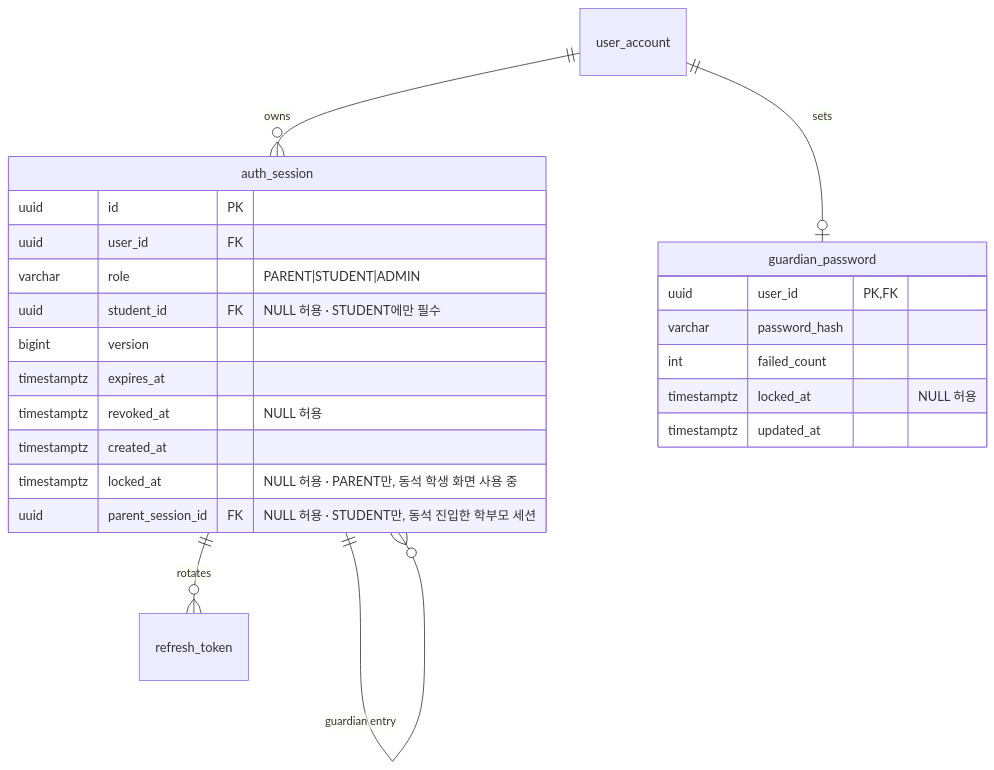
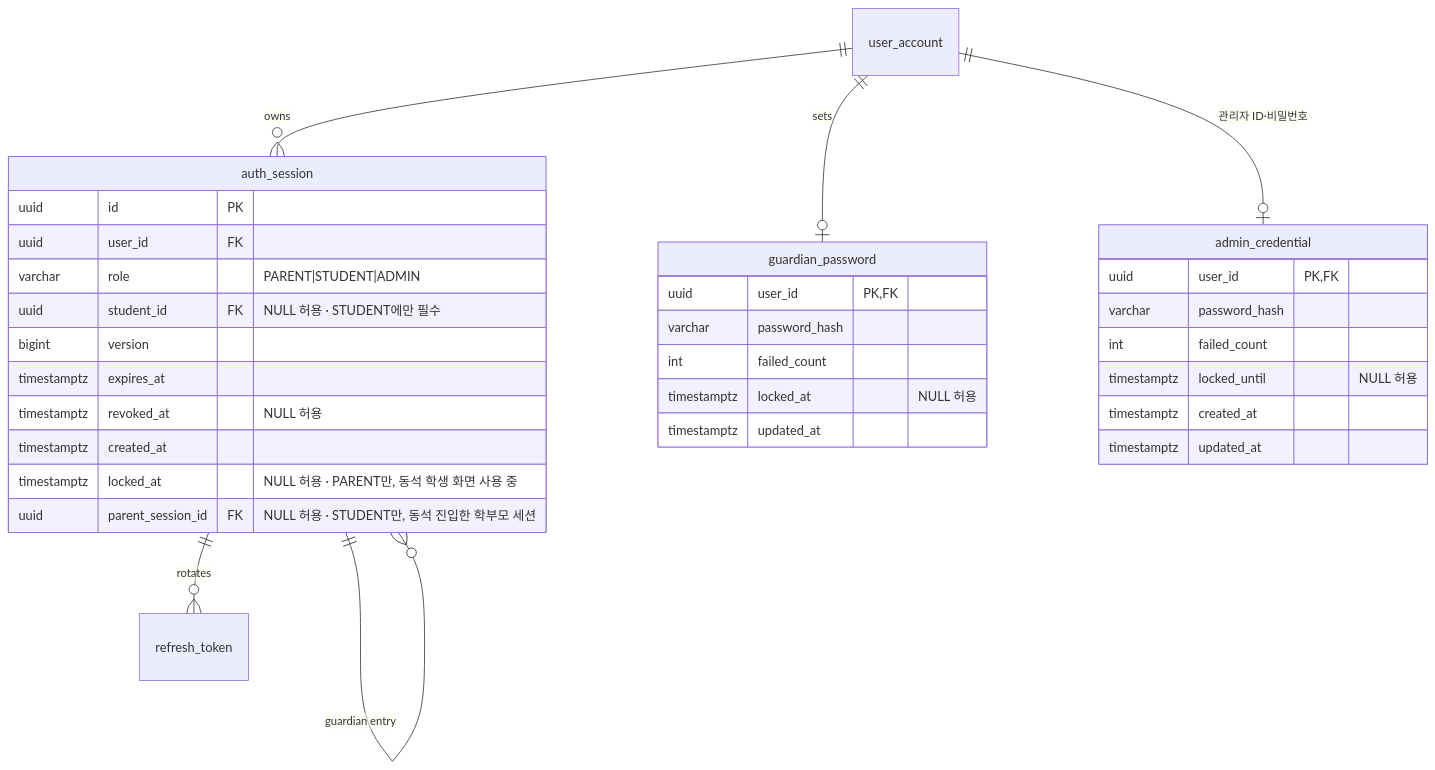
One commit to SKNETWORKS-FAMILY-AICAMP/SKN34-FINAL-3TEAM changed the second of 14 diagrams in docs/design/erd.md. Above: the diagram before and after it, drawn with Mermaid. The commit also changed other lines of this file and 31 other files, not shown here.

First line of the commit message:
feat: 관리자 ID·비밀번호 로그인과 계정 등록 스크립트 (#369)

````diff
--- a/docs/design/erd.md
+++ b/docs/design/erd.md
@@ -220,26 +220,35 @@
 ```mermaid
 erDiagram
   user_account ||--o{ auth_session : owns
   user_account ||--o| guardian_password : sets
+  user_account ||--o| admin_credential : "관리자 ID·비밀번호"
   auth_session ||--o{ refresh_token : rotates
   auth_session ||--o{ auth_session : "guardian entry"
   auth_session {
     uuid id PK
     uuid user_id FK
     varchar role "PARENT|STUDENT|ADMIN"
     uuid student_id FK "NULL 허용 · STUDENT에만 필수"
     bigint version
     timestamptz expires_at
     timestamptz revoked_at "NULL 허용"
     timestamptz created_at
     timestamptz locked_at "NULL 허용 · PARENT만, 동석 학생 화면 사용 중"
     uuid parent_session_id FK "NULL 허용 · STUDENT만, 동석 진입한 학부모 세션"
   }
   guardian_password {
     uuid user_id PK,FK
     varchar password_hash
     int failed_count
     timestamptz locked_at "NULL 허용"
     timestamptz updated_at
   }
+  admin_credential {
+    uuid user_id PK,FK
+    varchar password_hash
+    int failed_count
+    timestamptz locked_until "NULL 허용"
+    timestamptz created_at
+    timestamptz updated_at
+  }
 ```
````
